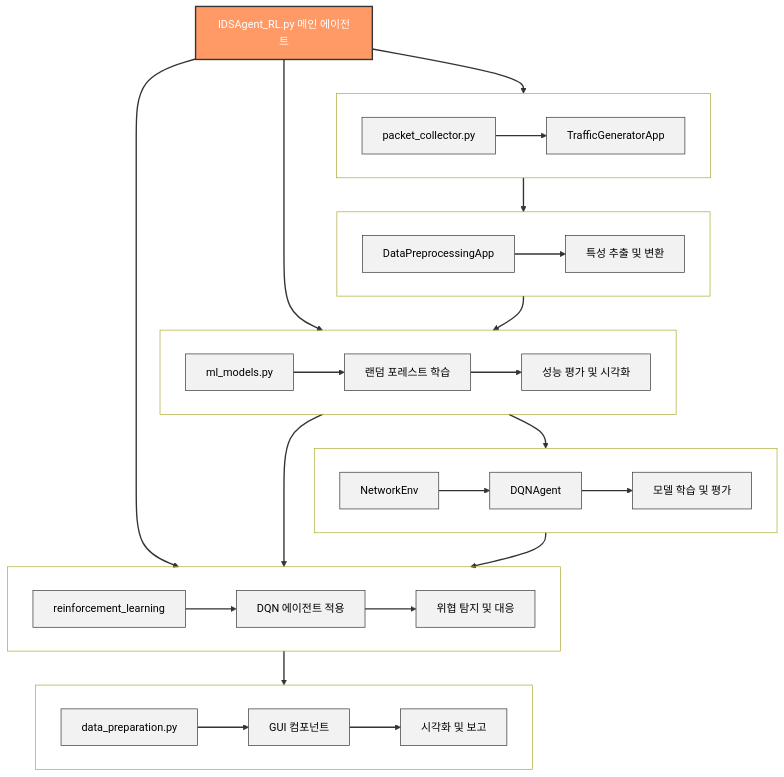
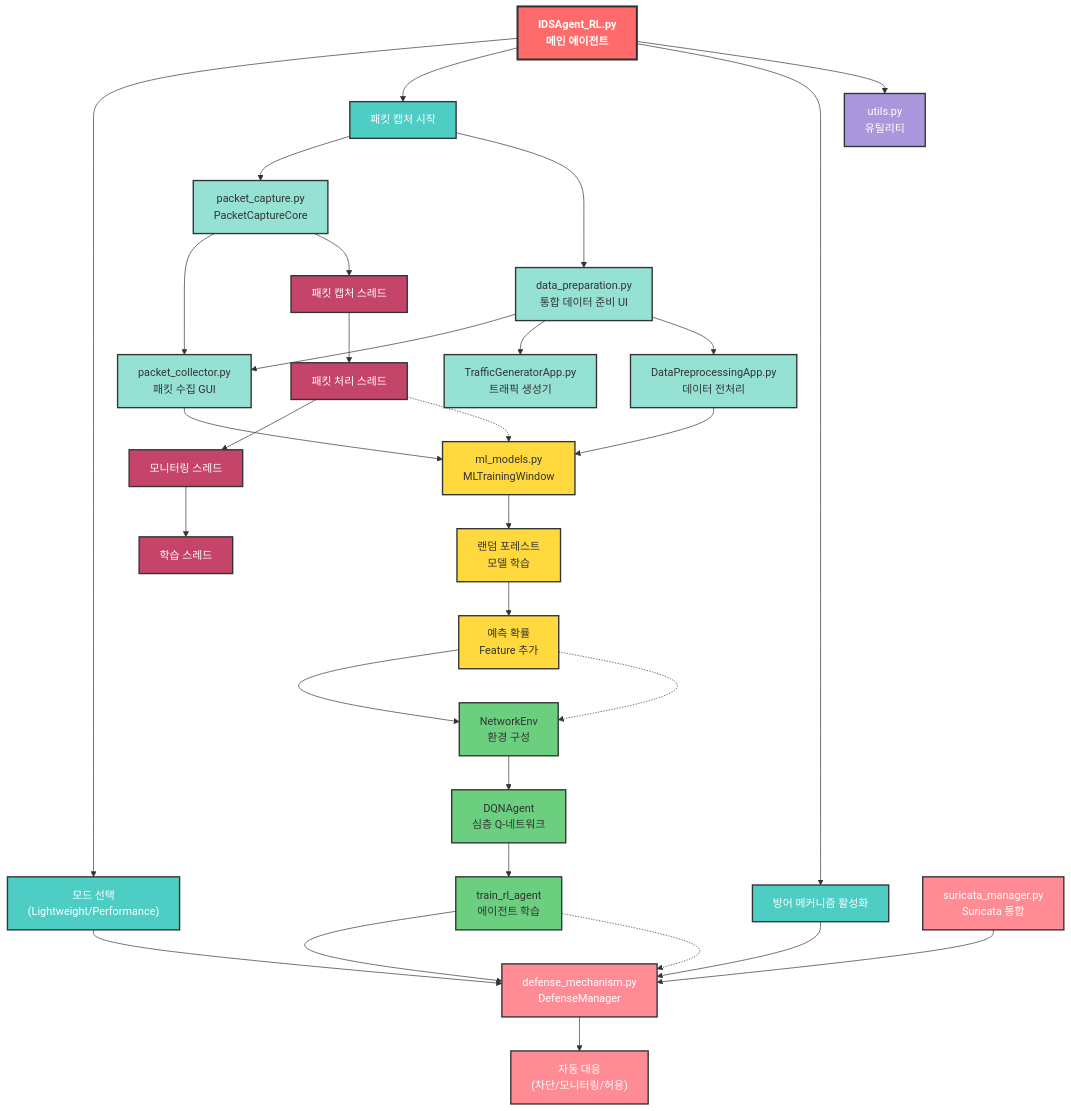
Before and after one commit to Es5724/Intrusion_DetectionSystem: the fourth of 4 diagrams in README.md, drawn with Mermaid. The commit also changed other lines of this file and 10649 other files, not shown here.

````diff
--- a/README.md
+++ b/README.md
@@ -302,61 +349,105 @@
 ```mermaid
-flowchart TB
-    main["IDSAgent_RL.py 메인 에이전트"]
+flowchart TD
+    %% 메인 에이전트
+    main["IDSAgent_RL.py<br/>메인 에이전트"]
     
-    main --> data
-    main --> model
-    main --> realtime
+    %% 첫 번째 레벨 - 핵심 기능
+    mode["모드 선택<br/>(Lightweight/Performance)"]
+    capture["패킷 캡처 시작"]
+    defense_init["방어 메커니즘 활성화"]
+    utils["utils.py<br/>유틸리티"]
     
-    %% 모듈 배치
-    subgraph data["데이터 수집 모듈"]
-        direction LR
-        collector["packet_collector.py"] --> generator["TrafficGeneratorApp"]
-    end
+    %% 두 번째 레벨 - 데이터 수집
+    packet_capture["packet_capture.py<br/>PacketCaptureCore"]
+    data_prep["data_preparation.py<br/>통합 데이터 준비 UI"]
     
-    subgraph preprocess["데이터 전처리 모듈"]
-        direction LR
-        preprocessing["DataPreprocessingApp"] --> features["특성 추출 및 변환"]
-    end
+    %% 세 번째 레벨 - GUI 컴포넌트
+    packet_collector["packet_collector.py<br/>패킷 수집 GUI"]
+    traffic_gen["TrafficGeneratorApp.py<br/>트래픽 생성기"]
+    preprocess_app["DataPreprocessingApp.py<br/>데이터 전처리"]
     
-    subgraph model["모델 학습 모듈"]
-        direction LR
-        ml["ml_models.py"] --> rf["랜덤 포레스트 학습"] --> eval["성능 평가 및 시각화"]
-    end
+    %% 네 번째 레벨 - 머신러닝
+    ml_models["ml_models.py<br/>MLTrainingWindow"]
+    rf_model["랜덤 포레스트<br/>모델 학습"]
+    rf_predict["예측 확률<br/>Feature 추가"]
     
-    subgraph rl["강화학습 모듈"]
-        direction LR
-        env["NetworkEnv"] --> agent["DQNAgent"] --> train["모델 학습 및 평가"]
-    end
+    %% 다섯 번째 레벨 - 강화학습
+    rl_env["NetworkEnv<br/>환경 구성"]
+    dqn_agent["DQNAgent<br/>심층 Q-네트워크"]
+    rl_train["train_rl_agent<br/>에이전트 학습"]
     
-    subgraph realtime["실시간 적용 모듈"]
-        direction LR
-        reinforce["reinforcement_learning"] --> dqn["DQN 에이전트 적용"] --> detect["위협 탐지 및 대응"]
-    end
+    %% 여섯 번째 레벨 - 방어 메커니즘
+    defense_mech["defense_mechanism.py<br/>DefenseManager"]
+    suricata["suricata_manager.py<br/>Suricata 통합"]
+    actions["자동 대응<br/>(차단/모니터링/허용)"]
     
-    subgraph ui["사용자 인터페이스 모듈"]
-        direction LR
-        prep["data_preparation.py"] --> components["GUI 컴포넌트"] --> visual["시각화 및 보고"]
-    end
+    %% 일곱 번째 레벨 - 실시간 처리
+    capture_thread["패킷 캡처 스레드"]
+    process_thread["패킷 처리 스레드"]
+    monitor_thread["모니터링 스레드"]
+    train_thread["학습 스레드"]
     
-    %% 모듈 간 연결
-    data --> preprocess
-    preprocess --> model
-    model --> realtime
-    model --> rl
-    rl --> realtime
-    realtime --> ui
+    %% 메인 연결 (수직 구조)
+    main --> mode
+    main --> capture
+    main --> defense_init
+    main --> utils
+    
+    %% 데이터 수집 연결
+    capture --> packet_capture
+    capture --> data_prep
+    
+    %% GUI 컴포넌트 연결
+    data_prep --> packet_collector
+    data_prep --> traffic_gen
+    data_prep --> preprocess_app
+    packet_capture --> packet_collector
+    
+    %% 머신러닝 연결
+    packet_collector --> ml_models
+    preprocess_app --> ml_models
+    ml_models --> rf_model
+    rf_model --> rf_predict
+    
+    %% 강화학습 연결
+    rf_predict --> rl_env
+    rl_env --> dqn_agent
+    dqn_agent --> rl_train
+    
+    %% 방어 메커니즘 연결
+    mode --> defense_mech
+    defense_init --> defense_mech
+    rl_train --> defense_mech
+    suricata --> defense_mech
+    defense_mech --> actions
+    
+    %% 실시간 처리 연결
+    packet_capture --> capture_thread
+    capture_thread --> process_thread
+    process_thread --> monitor_thread
+    monitor_thread --> train_thread
+    
+    %% 데이터 플로우 (점선)
+    process_thread -.-> ml_models
+    rf_predict -.-> rl_env
+    rl_train -.-> defense_mech
     
     %% 스타일 정의
-    classDef moduleHeader fill:#f96,stroke:#333,stroke-width:2px,color:white;
-    class main moduleHeader
+    classDef mainNode fill:#ff6b6b,stroke:#333,stroke-width:3px,color:white,font-weight:bold;
+    classDef coreNode fill:#4ecdc4,stroke:#333,stroke-width:2px,color:white;
+    classDef dataNode fill:#95e1d3,stroke:#333,stroke-width:2px,color:#333;
+    classDef mlNode fill:#ffd93d,stroke:#333,stroke-width:2px,color:#333;
+    classDef rlNode fill:#6bcf7f,stroke:#333,stroke-width:2px,color:#333;
+    classDef defenseNode fill:#ff8b94,stroke:#333,stroke-width:2px,color:white;
+    classDef threadNode fill:#c44569,stroke:#333,stroke-width:2px,color:white;
+    classDef utilNode fill:#aa96da,stroke:#333,stroke-width:2px,color:white;
     
-    classDef nodeText fill:#f2f2f2,stroke:#333,stroke-width:1px,color:white;
-    classDef nodeText fill:#f2f2f2,stroke:#333,stroke-width:1px,color:black;
-    class collector,generator,preprocessing,features,ml,rf,eval,env,agent,train,reinforce,dqn,detect,prep,components,visual nodeText;
-    
-    classDef subgraphText fill:transparent,color:black;
-    classDef subgraphText fill:transparent,color:white;
-    class data,preprocess,model,rl,realtime,ui subgraphText;
-    
-    linkStyle default stroke:#333,stroke-width:2px;
+    class main mainNode;
+    class mode,capture,defense_init coreNode;
+    class packet_capture,data_prep,packet_collector,traffic_gen,preprocess_app dataNode;
+    class ml_models,rf_model,rf_predict mlNode;
+    class rl_env,dqn_agent,rl_train rlNode;
+    class defense_mech,suricata,actions defenseNode;
+    class capture_thread,process_thread,monitor_thread,train_thread threadNode;
+    class utils utilNode;
 ```
````
